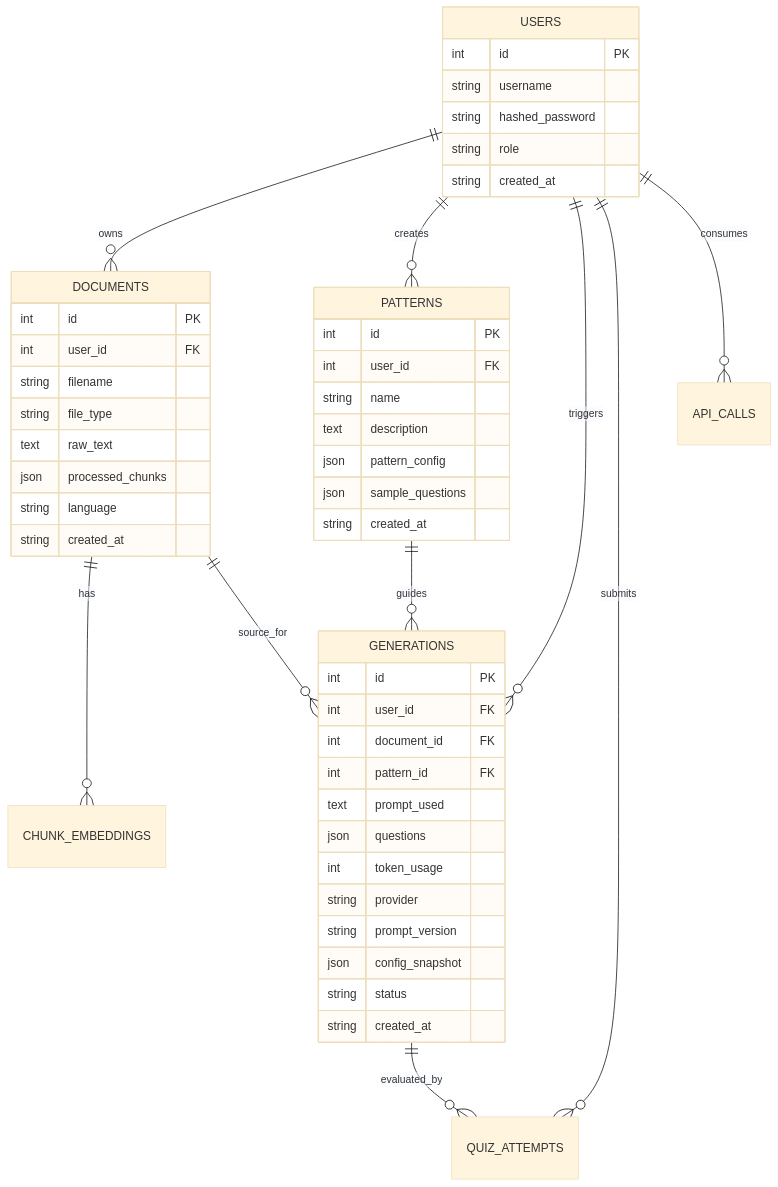
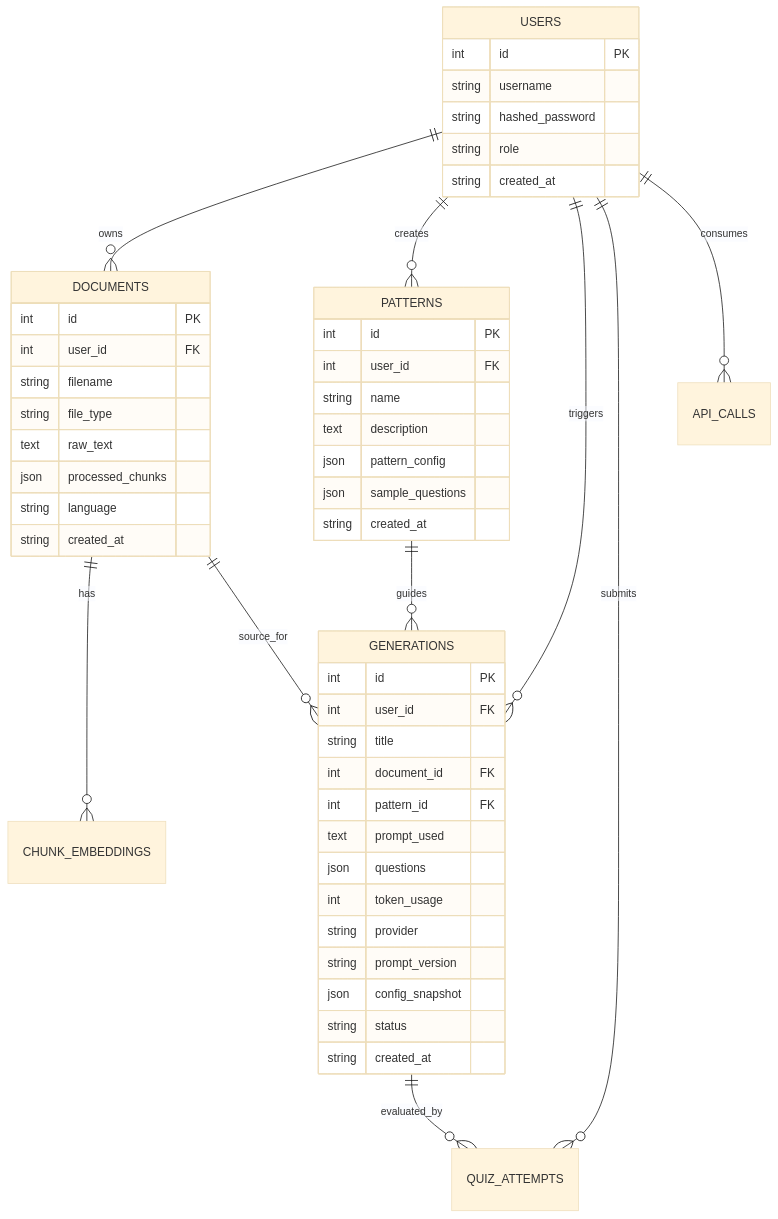
Before and after one commit to quagghyyIU/Thesis-MCQ-Quiz-Gen: the diagram in doc/thesis/data_model.md, drawn with Mermaid (base theme). The commit also changed other lines of this file and 47 other files, not shown here.

````diff
--- a/doc/thesis/data_model.md
+++ b/doc/thesis/data_model.md
@@ -15,54 +15,55 @@
 ```mermaid
 erDiagram
     USERS ||--o{ DOCUMENTS : owns
     USERS ||--o{ PATTERNS : creates
     USERS ||--o{ GENERATIONS : triggers
     USERS ||--o{ QUIZ_ATTEMPTS : submits
     USERS ||--o{ API_CALLS : consumes
 
     DOCUMENTS ||--o{ CHUNK_EMBEDDINGS : has
     DOCUMENTS ||--o{ GENERATIONS : source_for
     PATTERNS ||--o{ GENERATIONS : guides
     GENERATIONS ||--o{ QUIZ_ATTEMPTS : evaluated_by
 
     USERS {
       int id PK
       string username
       string hashed_password
       string role
       string created_at
     }
     DOCUMENTS {
       int id PK
       int user_id FK
       string filename
       string file_type
       text raw_text
       json processed_chunks
       string language
       string created_at
     }
     PATTERNS {
       int id PK
       int user_id FK
       string name
       text description
       json pattern_config
       json sample_questions
       string created_at
     }
     GENERATIONS {
       int id PK
       int user_id FK
+      string title
       int document_id FK
       int pattern_id FK
       text prompt_used
       json questions
       int token_usage
       string provider
       string prompt_version
       json config_snapshot
       string status
       string created_at
     }
 ```
````
